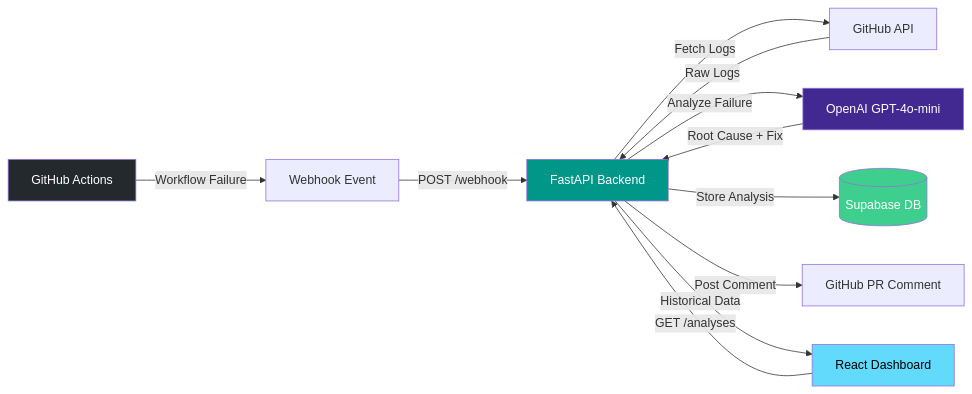
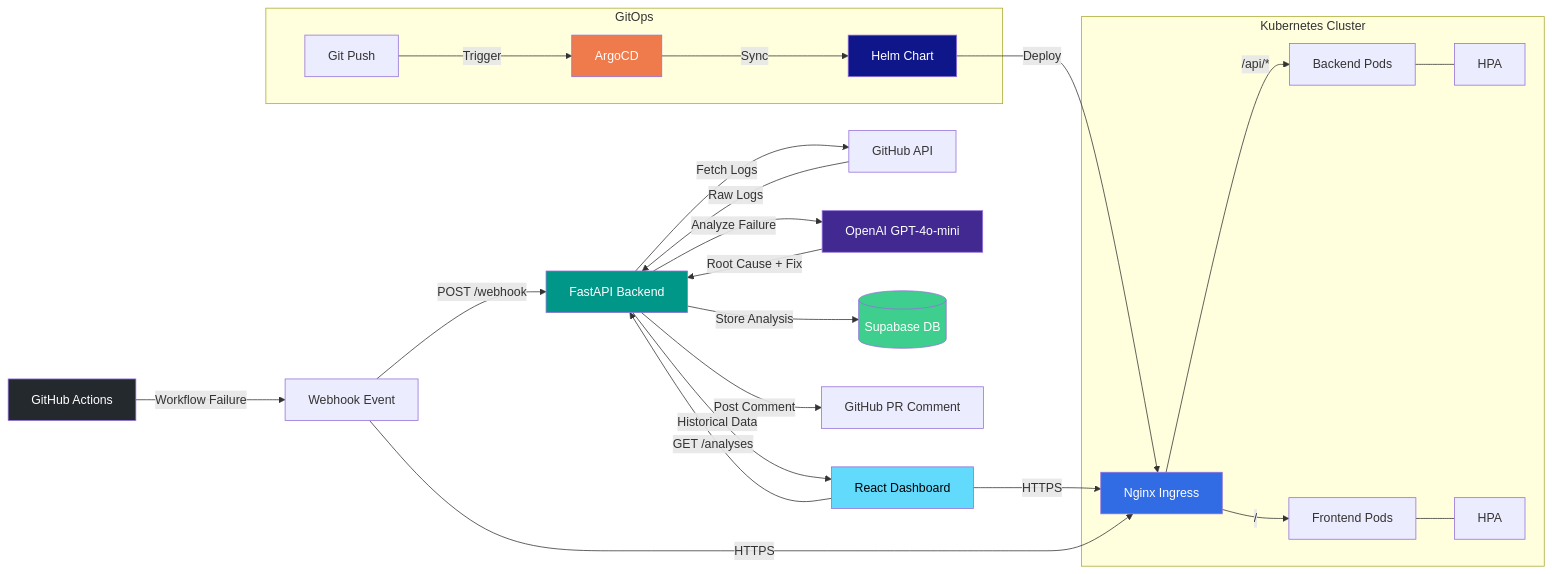
The diagram in README.md (MohamedGouda99/cicd-analyzer), drawn with Mermaid before and after one commit. The commit also changed other lines of this file, not shown here.

Commit message:
Update README with Kubernetes, Helm, and ArgoCD documentation

````diff
--- a/README.md
+++ b/README.md
@@ -7,19 +7,38 @@
 ```mermaid
 graph LR
     A[GitHub Actions] -->|Workflow Failure| B[Webhook Event]
     B -->|POST /webhook| C[FastAPI Backend]
     C -->|Fetch Logs| D[GitHub API]
     D -->|Raw Logs| C
     C -->|Analyze Failure| E[OpenAI GPT-4o-mini]
     E -->|Root Cause + Fix| C
     C -->|Store Analysis| F[(Supabase DB)]
     C -->|Post Comment| G[GitHub PR Comment]
     H[React Dashboard] -->|GET /analyses| C
     C -->|Historical Data| H
 
+    subgraph Kubernetes Cluster
+        I[Nginx Ingress] -->|/api/*| J[Backend Pods]
+        I -->|/| K[Frontend Pods]
+        J --- L[HPA]
+        K --- M[HPA]
+    end
+
+    subgraph GitOps
+        N[ArgoCD] -->|Sync| O[Helm Chart]
+        O -->|Deploy| I
+        P[Git Push] -->|Trigger| N
+    end
+
+    H -->|HTTPS| I
+    B -->|HTTPS| I
+
     style A fill:#24292e,color:#fff
     style C fill:#009688,color:#fff
     style E fill:#412991,color:#fff
     style F fill:#3ecf8e,color:#fff
     style H fill:#61dafb,color:#000
+    style I fill:#326ce5,color:#fff
+    style N fill:#ef7b4d,color:#fff
+    style O fill:#0f1689,color:#fff
 ```
````
